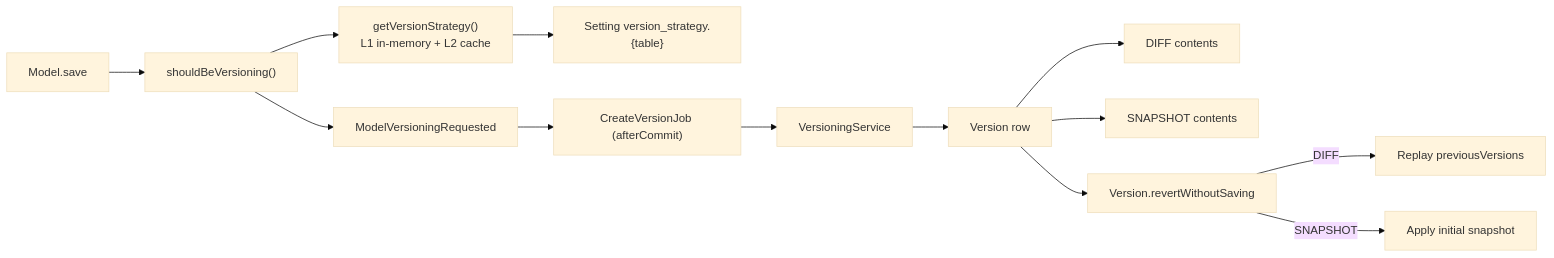
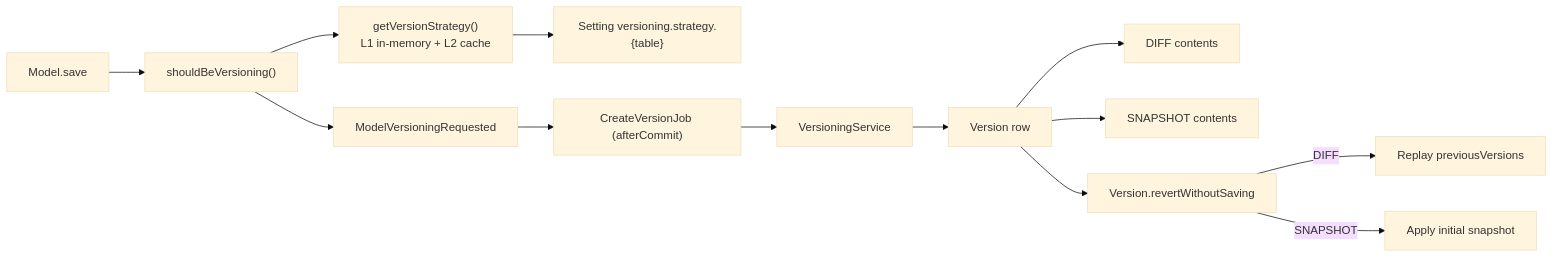
The fifth of 14 diagrams in docs/rag/MODULE.md (swolley/laraplate-core), drawn with Mermaid (base theme) before and after one commit. The commit also changed other lines of this file and 89 other files, not shown here.

````diff
--- a/docs/rag/MODULE.md
+++ b/docs/rag/MODULE.md
@@ -215,26 +215,26 @@
 ```mermaid
 flowchart LR
   Save[Model.save]
   Should["shouldBeVersioning()"]
   Strat["getVersionStrategy()<br/>L1 in-memory + L2 cache"]
-  Setting["Setting version_strategy.{table}"]
+  Setting["Setting versioning.strategy.{table}"]
   Event[ModelVersioningRequested]
   Job["CreateVersionJob (afterCommit)"]
   Svc[VersioningService]
   Vers[Version row]
   DIFF[DIFF contents]
   SNAP[SNAPSHOT contents]
   Revert["Version.revertWithoutSaving"]
   Replay[Replay previousVersions]
   Apply[Apply initial snapshot]
 
   Save --> Should
   Should --> Strat
   Strat --> Setting
   Should --> Event --> Job --> Svc --> Vers
   Vers --> DIFF
   Vers --> SNAP
   Vers --> Revert
   Revert -->|DIFF| Replay
   Revert -->|SNAPSHOT| Apply
 ```
````
